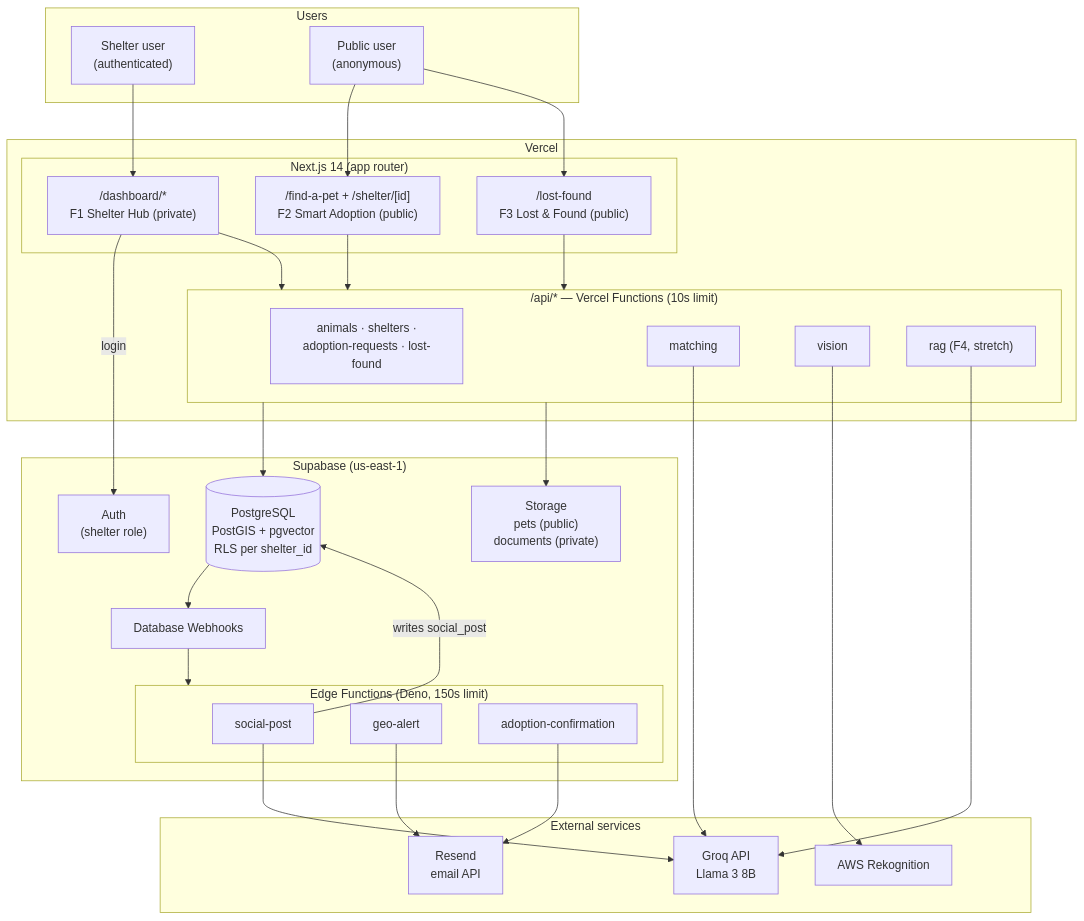
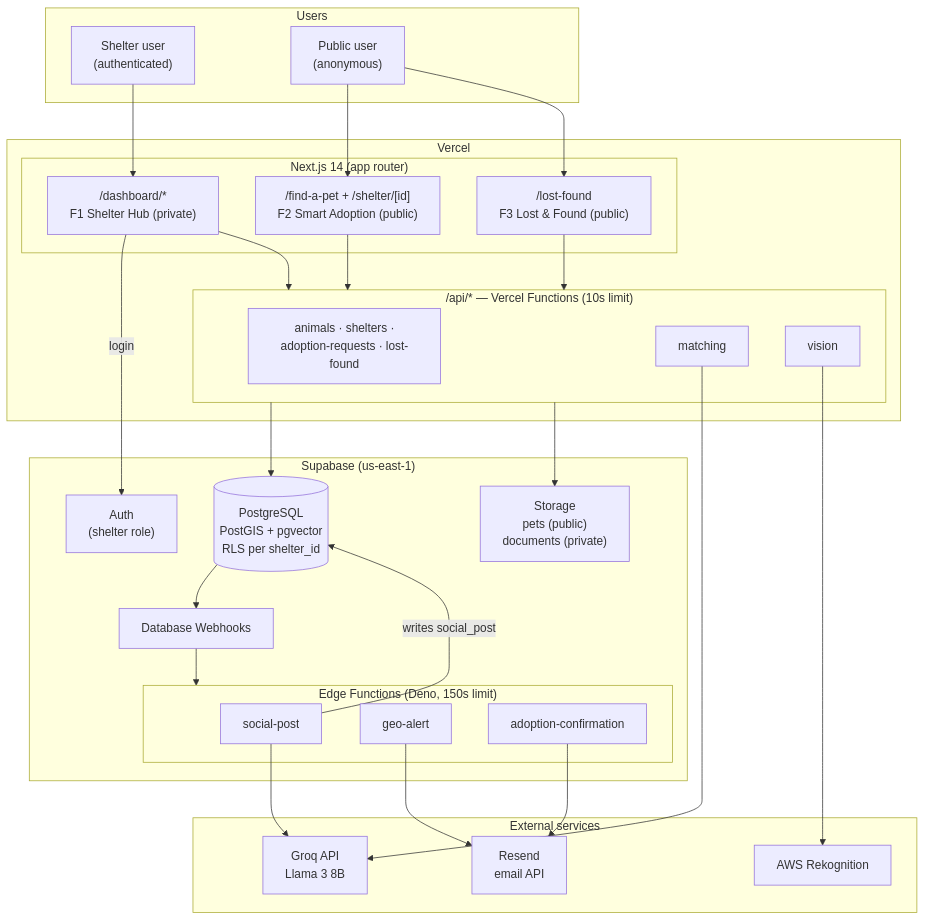
The first of 3 diagrams in docs/architecture.md (gamp92/pawlink), drawn with Mermaid before and after one commit. The commit also changed other lines of this file, not shown here.

First line of the commit message:
Make diagrams dark-mode friendly and drop RAG section for now

````diff
--- a/docs/architecture.md
+++ b/docs/architecture.md
@@ -13,61 +13,59 @@
 ```mermaid
 flowchart TB
     subgraph Users
         shelter["Shelter user<br/>(authenticated)"]
         public["Public user<br/>(anonymous)"]
     end
 
     subgraph Vercel["Vercel"]
         subgraph next["Next.js 14 (app router)"]
             hub["/dashboard/*<br/>F1 Shelter Hub (private)"]
             findapet["/find-a-pet + /shelter/[id]<br/>F2 Smart Adoption (public)"]
             lostfound["/lost-found<br/>F3 Lost & Found (public)"]
         end
         subgraph api["/api/* — Vercel Functions (10s limit)"]
             apiCrud["animals · shelters ·<br/>adoption-requests · lost-found"]
             apiMatching["matching"]
             apiVision["vision"]
-            apiRag["rag (F4, stretch)"]
         end
     end
 
     subgraph Supabase["Supabase (us-east-1)"]
         auth["Auth<br/>(shelter role)"]
         db[("PostgreSQL<br/>PostGIS + pgvector<br/>RLS per shelter_id")]
         storage["Storage<br/>pets (public)<br/>documents (private)"]
         webhooks["Database Webhooks"]
         subgraph edge["Edge Functions (Deno, 150s limit)"]
             efSocial["social-post"]
             efGeo["geo-alert"]
             efAdopt["adoption-confirmation"]
         end
     end
 
     subgraph External["External services"]
         groq["Groq API<br/>Llama 3 8B"]
         rekognition["AWS Rekognition"]
         resend["Resend<br/>email API"]
     end
 
     shelter --> hub
     public --> findapet
     public --> lostfound
 
     hub --> api
     findapet --> api
     lostfound --> api
 
     hub -->|login| auth
     api --> db
     api --> storage
     apiMatching --> groq
-    apiRag --> groq
     apiVision --> rekognition
 
     db --> webhooks
     webhooks --> edge
     efSocial --> groq
     efGeo --> resend
     efAdopt --> resend
     efSocial -->|writes social_post| db
 ```
````
